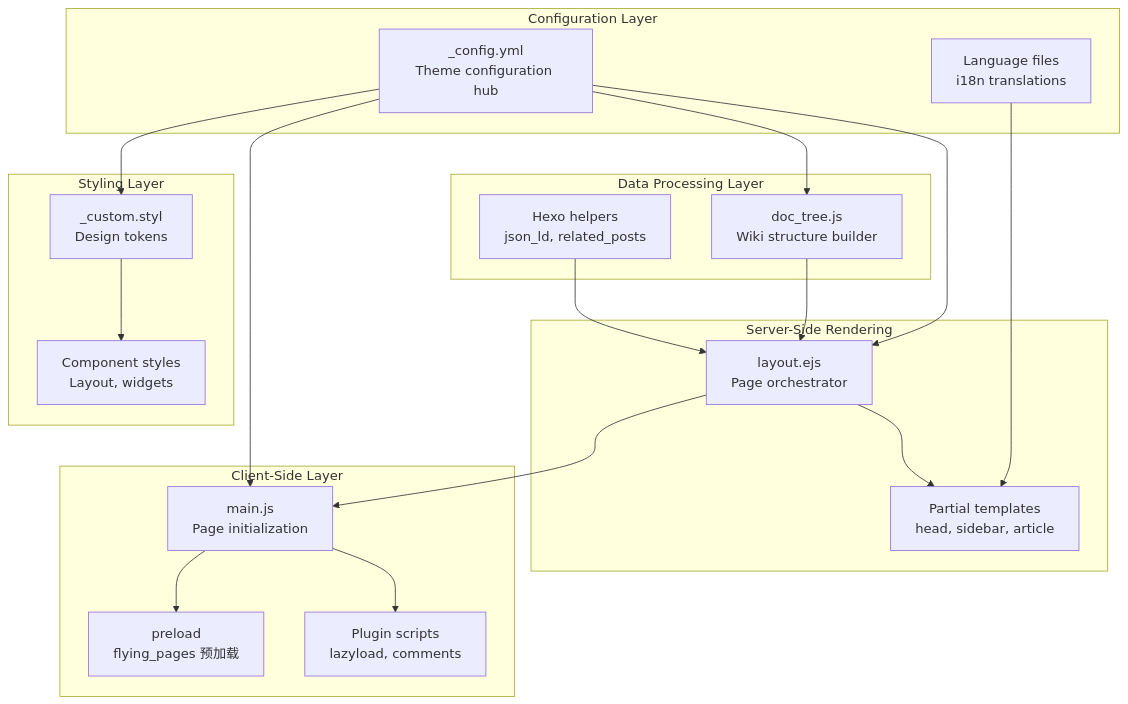
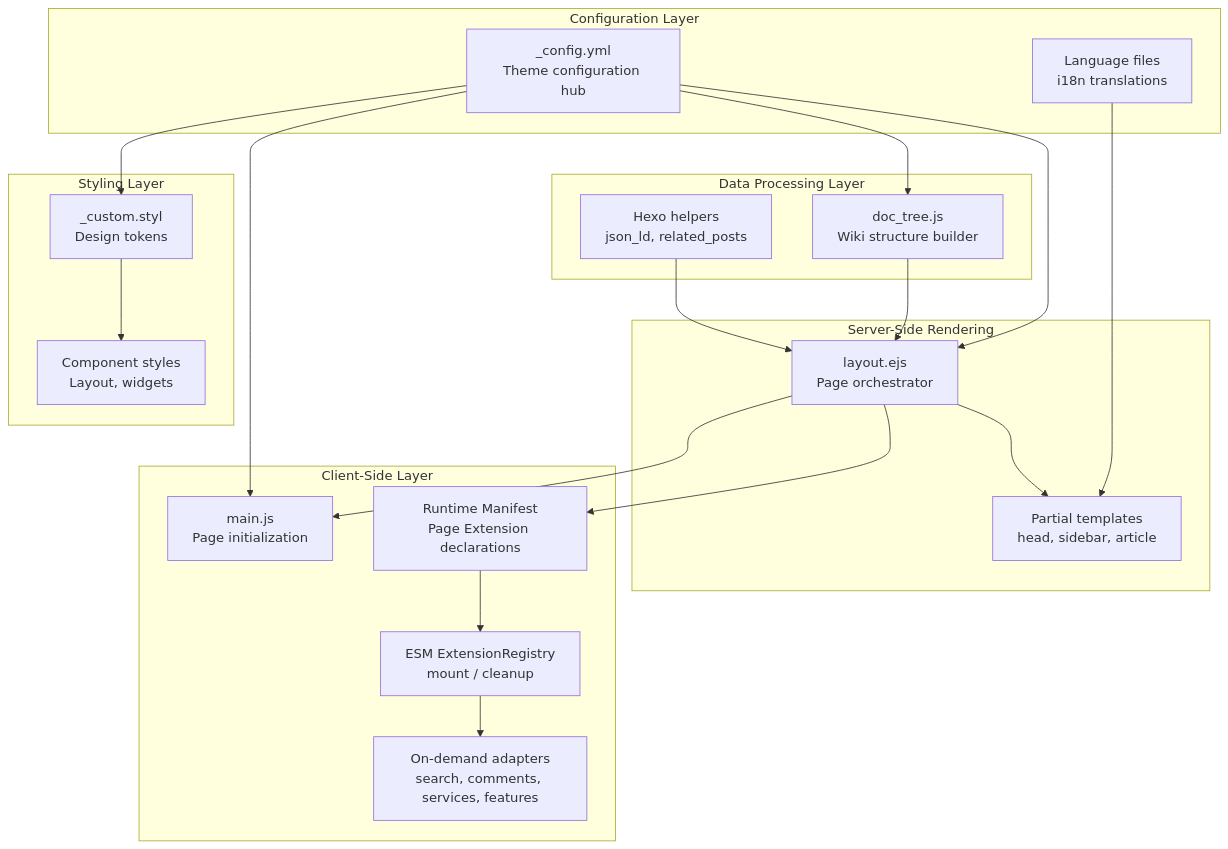
One commit to xaoxuu/hexo-theme-stellar changed the first of 5 diagrams in docs/knowledge/00-总览与安装配置/overview.md. Above: the diagram before and after it, drawn with Mermaid. The commit also changed other lines of this file and 72 other files, not shown here.

````diff
--- a/docs/knowledge/00-总览与安装配置/overview.md
+++ b/docs/knowledge/00-总览与安装配置/overview.md
@@ -44,41 +44,43 @@
 ```mermaid
 graph TB
     subgraph Configuration["Configuration Layer"]
         CONFIG["_config.yml<br/>Theme configuration hub"]
         LANG["Language files<br/>i18n translations"]
     end
     
     subgraph DataProcessing["Data Processing Layer"]
         DOCTREE["doc_tree.js<br/>Wiki structure builder"]
         HELPERS["Hexo helpers<br/>json_ld, related_posts"]
     end
     
     subgraph ServerRender["Server-Side Rendering"]
         LAYOUT["layout.ejs<br/>Page orchestrator"]
         PARTIALS["Partial templates<br/>head, sidebar, article"]
     end
     
     subgraph ClientSide["Client-Side Layer"]
         MAINJS["main.js<br/>Page initialization"]
-        PRELOAD["preload<br/>flying_pages 预加载"]
-        PLUGINS["Plugin scripts<br/>lazyload, comments"]
+        MANIFEST["Runtime Manifest<br/>Page Extension declarations"]
+        REGISTRY["ESM ExtensionRegistry<br/>mount / cleanup"]
+        EXTENSIONS["On-demand adapters<br/>search, comments, services, features"]
     end
     
     subgraph Styling["Styling Layer"]
         CUSTOM["_custom.styl<br/>Design tokens"]
         COMPONENTS["Component styles<br/>Layout, widgets"]
     end
     
     CONFIG --> DOCTREE
     CONFIG --> LAYOUT
     CONFIG --> MAINJS
     CONFIG --> CUSTOM
     LANG --> PARTIALS
     DOCTREE --> LAYOUT
     HELPERS --> LAYOUT
     LAYOUT --> PARTIALS
     LAYOUT --> MAINJS
-    MAINJS --> PRELOAD
-    MAINJS --> PLUGINS
+    LAYOUT --> MANIFEST
+    MANIFEST --> REGISTRY
+    REGISTRY --> EXTENSIONS
     CUSTOM --> COMPONENTS
 ```
````
